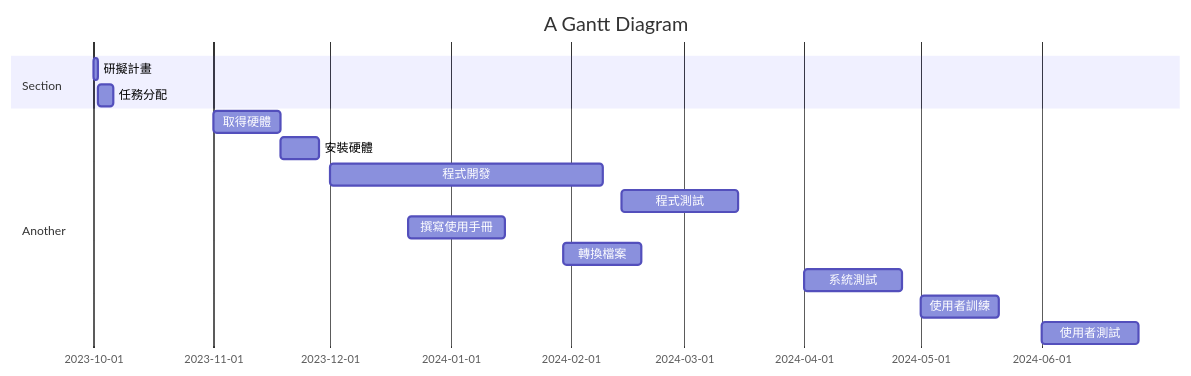
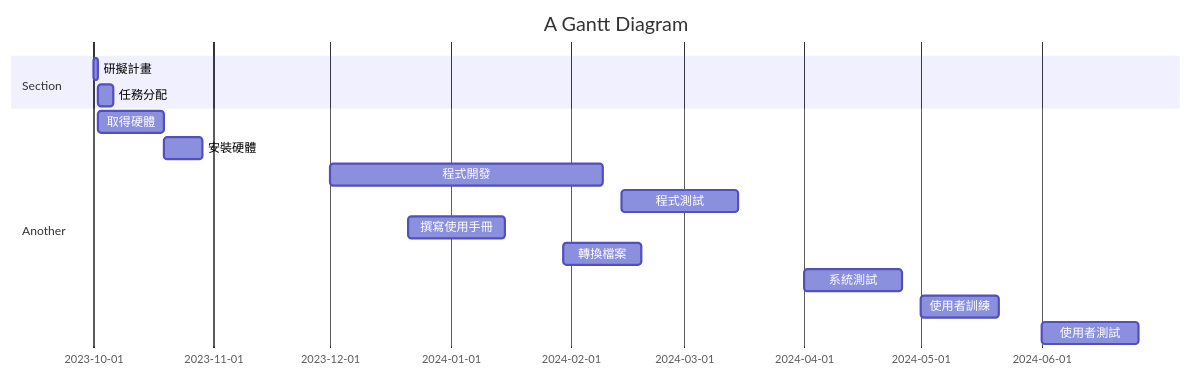
Before and after one commit to ayaka116/C110118116: the diagram in hw2.md, drawn with Mermaid.

````diff
--- a/hw2.md
+++ b/hw2.md
@@ -4,23 +4,23 @@
 ```mermaid
 gantt
     title A Gantt Diagram
 
     section Section
     研擬計畫           :a1, 2023-10-01, 1d
     任務分配     :after a1  , 4d
     
     section Another
-    取得硬體      :a2, 2023-11-01  , 17d
+    取得硬體      :a2, 2023-10-02  , 17d
     安裝硬體      :after a2, 10d
     section Another
     程式開發      :a3, 2023-12-01, 70d
     程式測試    :after a3, 2024-02-14, 30d
     section Another
     撰寫使用手冊    :a4, 2023-12-21, 25d
     轉換檔案    :a5, 2024-01-30, 20d
     系統測試    :a6, 2024-04-01, 25d
     section Another
     使用者訓練    :a7, 2024-05-01,20d
     使用者測試    :after a7, 2024-06-01 ,25d
 
 ```
````
